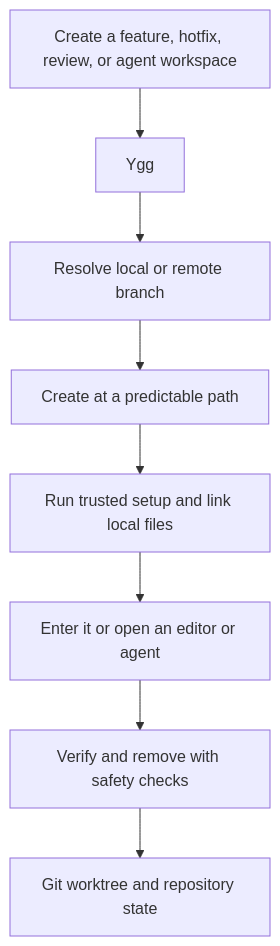
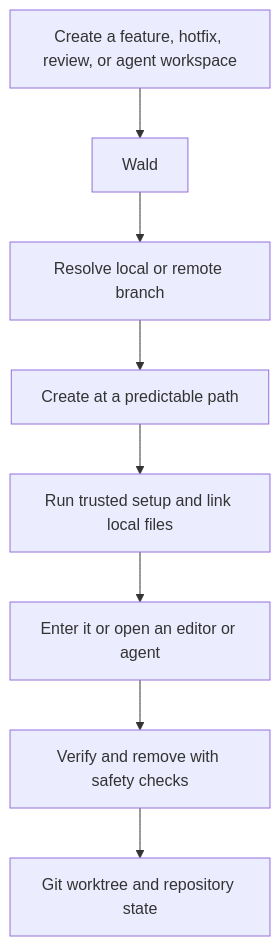
Before and after one commit to phillippbertram/wald-worktree: the second of 2 diagrams in README.md, drawn with Mermaid. The commit also changed other lines of this file and 90 other files, not shown here.

````diff
--- a/README.md
+++ b/README.md
@@ -79,11 +113,11 @@
 ```mermaid
 flowchart TB
     Intent["Create a feature, hotfix, review, or agent workspace"]
-    Intent --> Ygg["Ygg"]
-    Ygg --> Resolve["Resolve local or remote branch"]
+    Intent --> Wald["Wald"]
+    Wald --> Resolve["Resolve local or remote branch"]
     Resolve --> Create["Create at a predictable path"]
     Create --> Setup["Run trusted setup and link local files"]
     Setup --> Open["Enter it or open an editor or agent"]
     Open --> Safe["Verify and remove with safety checks"]
     Safe --> Git["Git worktree and repository state"]
 ```
````
